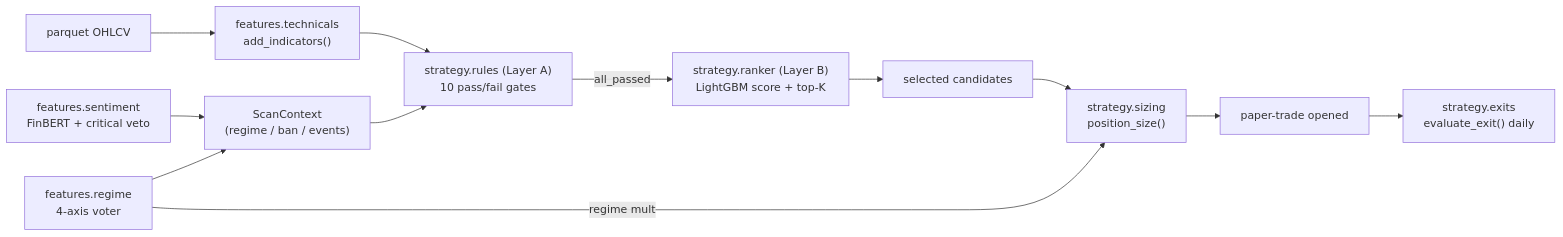
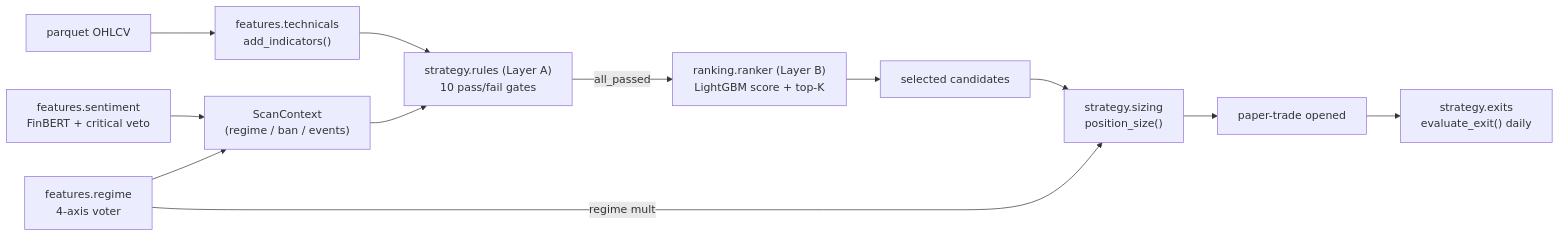
Before and after one commit to alladdinkumar/Trading: the first of 2 diagrams in docs/architecture/04-analysis-strategy.md, drawn with Mermaid. The commit also changed other lines of this file and 45 other files, not shown here.

````diff
--- a/docs/architecture/04-analysis-strategy.md
+++ b/docs/architecture/04-analysis-strategy.md
@@ -11,14 +11,14 @@
 ```mermaid
 flowchart LR
     OHLCV["parquet OHLCV"] --> TECH["features.technicals<br/>add_indicators()"]
     TECH --> RULES["strategy.rules (Layer A)<br/>10 pass/fail gates"]
     CTX["ScanContext<br/>(regime / ban / events)"] --> RULES
-    RULES -->|all_passed| RANK["strategy.ranker (Layer B)<br/>LightGBM score + top-K"]
+    RULES -->|all_passed| RANK["ranking.ranker (Layer B)<br/>LightGBM score + top-K"]
     RANK --> SEL["selected candidates"]
     SEL --> SIZE["strategy.sizing<br/>position_size()"]
     SIZE --> OPEN["paper-trade opened"]
     OPEN --> EXITS["strategy.exits<br/>evaluate_exit() daily"]
     MACRO["features.regime<br/>4-axis voter"] -->|regime mult| SIZE
     NEWS["features.sentiment<br/>FinBERT + critical veto"] --> CTX
     MACRO --> CTX
 ```
````
